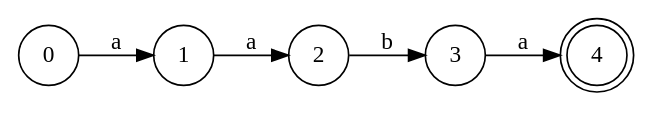
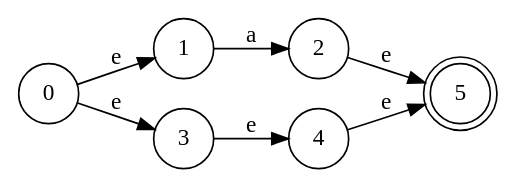
One commit to Paulinaczz/lycProyecto changed the diagram in output/NFA.gv. Above: the diagram before and after it, drawn with Graphviz. The commit also changed 5 other files, not shown here.

```diff
--- a/output/NFA.gv
+++ b/output/NFA.gv
@@ -1,12 +1,12 @@
 // Diagrama NFA
 strict digraph {
 	rankdir=LR
 	node [shape=circle]
-	0 -> 1 [label=a]
+	0 -> 1 [label=e]
 	1 -> 2 [label=a]
-	0 -> 1
-	2 -> 3 [label=b]
-	0 -> 1
-	3 -> 4 [label=a]
-	4 [shape=doublecircle]
+	0 -> 3 [label=e]
+	3 -> 4 [label=e]
+	2 -> 5 [label=e]
+	4 -> 5 [label=e]
+	5 [shape=doublecircle]
 }
```
